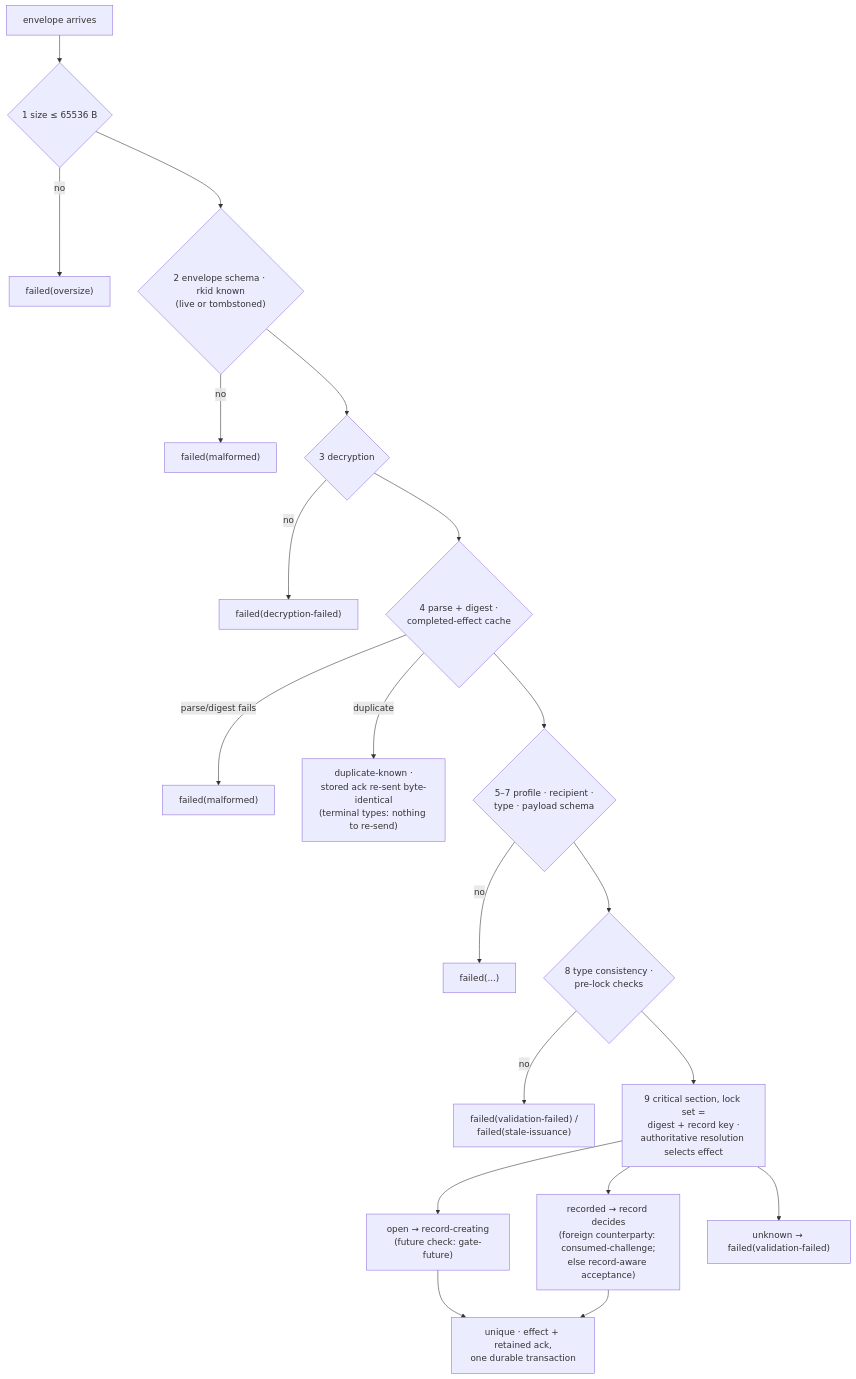
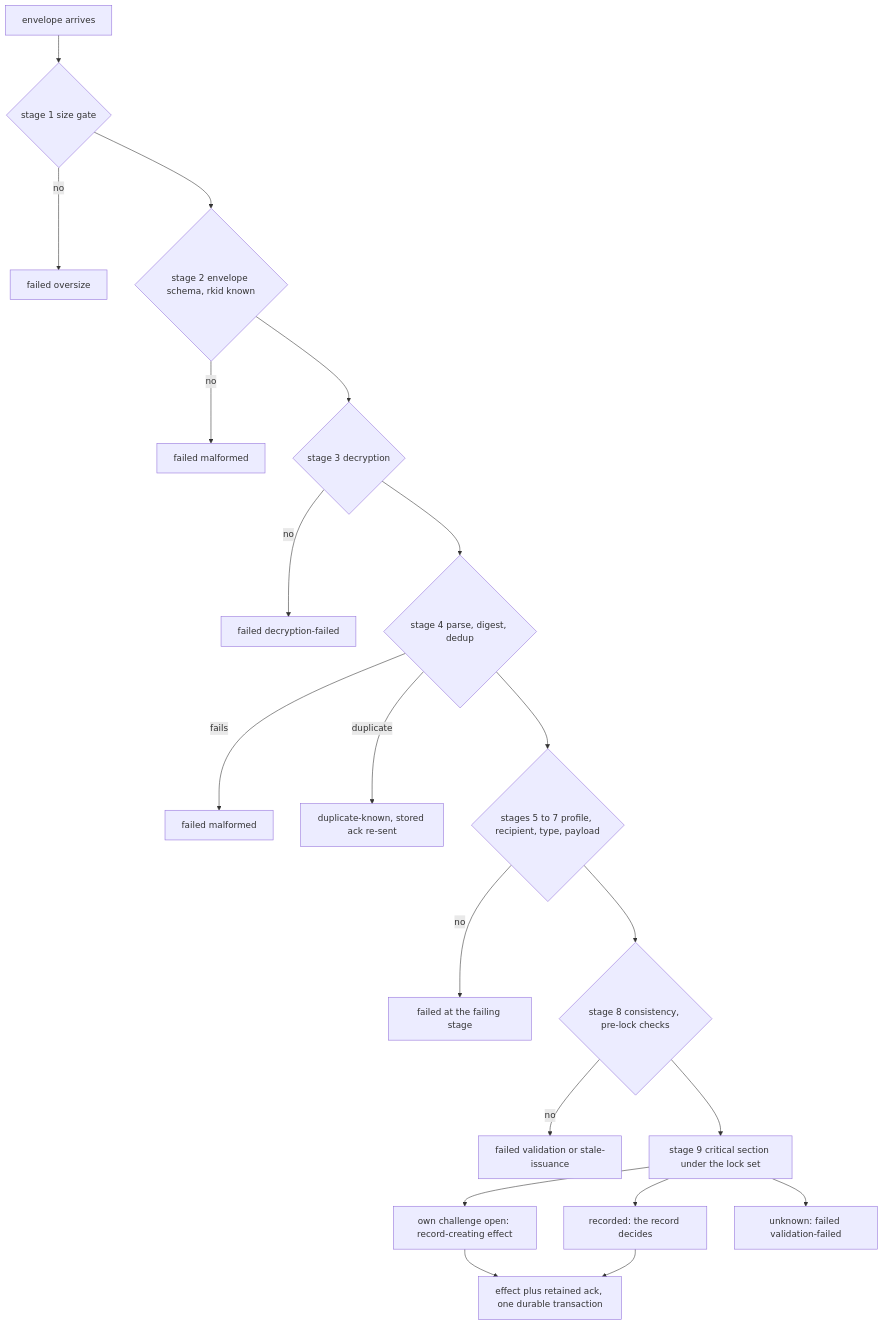
The diagram in spec/delivery-contract.md (real-life-org/rltp-spec), drawn with Mermaid before and after one commit. The commit also changed 2 other files, not shown here.

Commit message:
Fix mermaid diagrams: dark mode, parse error, overlaps
- no semicolons in message text (mermaid statement separator broke the membership flow diagram)
- neutral rgba backgrounds instead of light rgb rects (dark-mode contrast)
- no <br/> and shorter labels (GitHub strips HTML in mermaid, texts collided)

````diff
--- a/spec/delivery-contract.md
+++ b/spec/delivery-contract.md
@@ -458,35 +458,22 @@
 ```mermaid
 flowchart TD
-    E[envelope arrives] --> S1{"1 size ≤ 65536 B"}
-    S1 -- no --> F1["failed(oversize)"]
-    S1 --> S2{"2 envelope schema · rkid known
-(live or tombstoned)"}
-    S2 -- no --> F2["failed(malformed)"]
-    S2 --> S3{"3 decryption"}
-    S3 -- no --> F3["failed(decryption-failed)"]
-    S3 --> S4{"4 parse + digest ·
-completed-effect cache"}
-    S4 -- "parse/digest fails" --> F4["failed(malformed)"]
-    S4 -- duplicate --> DK["duplicate-known ·
-stored ack re-sent byte-identical
-(terminal types: nothing to re-send)"]
-    S4 --> S5{"5–7 profile · recipient ·
-type · payload schema"}
-    S5 -- no --> F5["failed(...)"]
-    S5 --> S8{"8 type consistency ·
-pre-lock checks"}
-    S8 -- no --> F8["failed(validation-failed) /
-failed(stale-issuance)"]
-    S8 --> S9["9 critical section, lock set =
-digest + record key ·
-authoritative resolution selects effect"]
-    S9 --> EO["open → record-creating
-(future check: gate-future)"]
-    S9 --> ER["recorded → record decides
-(foreign counterparty: consumed-challenge;
-else record-aware acceptance)"]
-    S9 --> EU["unknown → failed(validation-failed)"]
-    EO --> U[unique · effect + retained ack,
-one durable transaction]
+    E[envelope arrives] --> S1{stage 1 size gate}
+    S1 -- no --> F1[failed oversize]
+    S1 --> S2{stage 2 envelope schema, rkid known}
+    S2 -- no --> F2[failed malformed]
+    S2 --> S3{stage 3 decryption}
+    S3 -- no --> F3[failed decryption-failed]
+    S3 --> S4{stage 4 parse, digest, dedup}
+    S4 -- fails --> F4[failed malformed]
+    S4 -- duplicate --> DK[duplicate-known, stored ack re-sent]
+    S4 --> S5{stages 5 to 7 profile, recipient, type, payload}
+    S5 -- no --> F5[failed at the failing stage]
+    S5 --> S8{stage 8 consistency, pre-lock checks}
+    S8 -- no --> F8[failed validation or stale-issuance]
+    S8 --> S9[stage 9 critical section under the lock set]
+    S9 --> EO[own challenge open: record-creating effect]
+    S9 --> ER[recorded: the record decides]
+    S9 --> EU[unknown: failed validation-failed]
+    EO --> U[effect plus retained ack, one durable transaction]
     ER --> U
 ```
````
